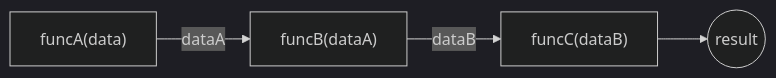
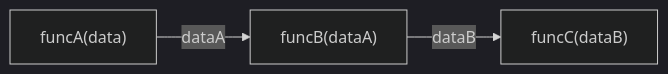
Before and after one commit to yoyoyohamapi/books-underscore-analysis: the diagram in function/函数组合.md, drawn with Mermaid (dark theme).

```diff
--- a/function/函数组合.md
+++ b/function/函数组合.md
@@ -10,4 +10,4 @@
 {% mermaid %}
 graph LR;
-A["funcA(data)"]-- dataA -->B["funcB(dataA)"]-- dataB -->C["funcC(dataB)"]-->D((result));
+A["funcA(data)"]-- dataA -->B["funcB(dataA)"]-- dataB -->C["funcC(dataB)"];
 {% endmermaid %}
```
